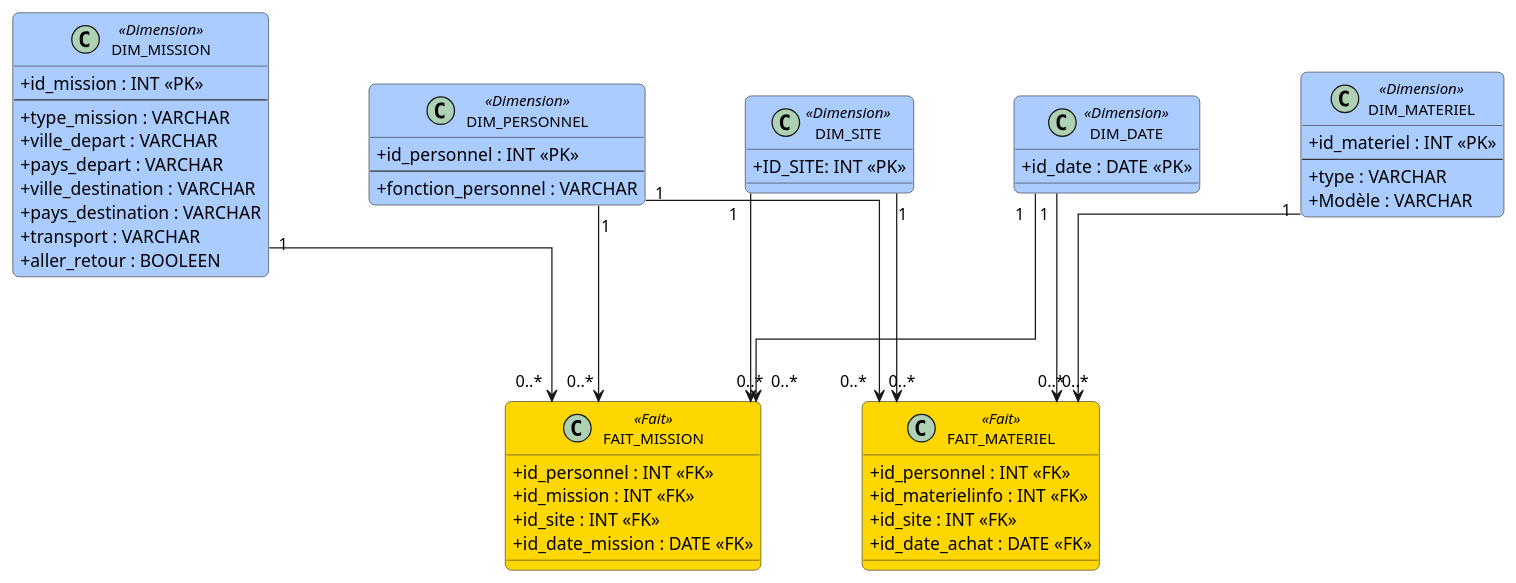
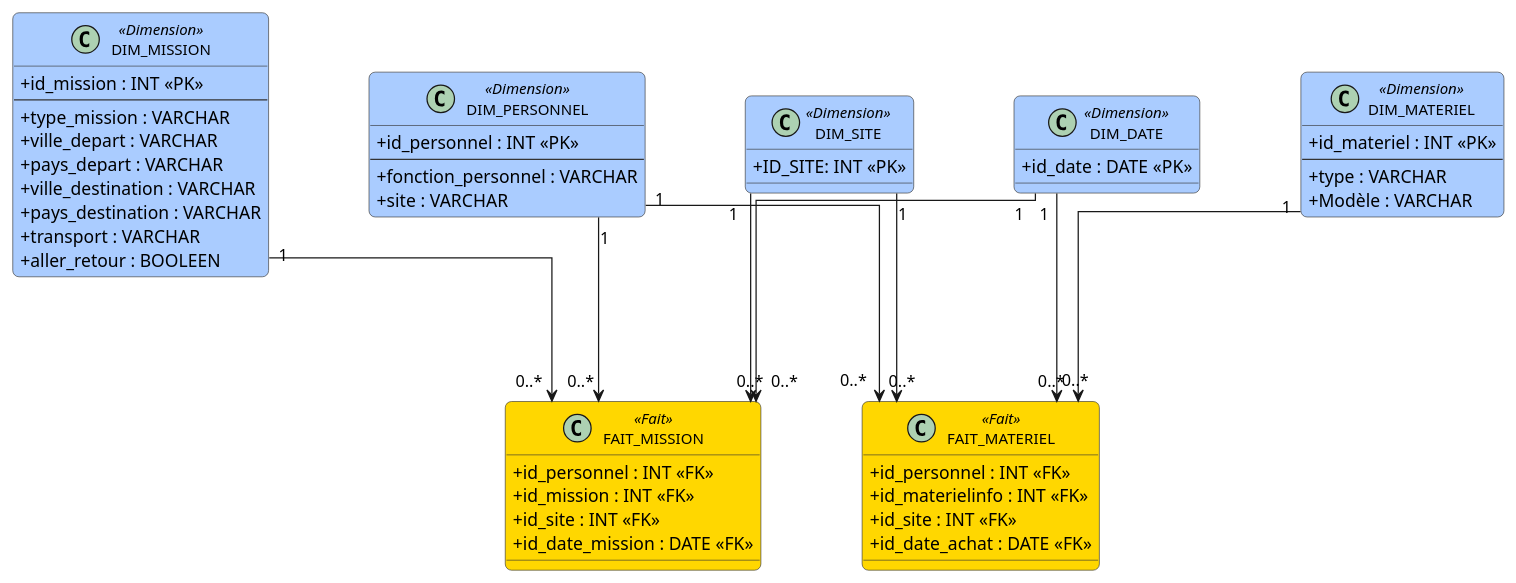
One commit to etiennevzn/GHG-inventory changed the diagram in data.puml. Above: the diagram before and after it, drawn with PlantUML. The commit also changed 1 other file, not shown here.

Commit message:
Update ETL and data diagram

```diff
--- a/data.puml
+++ b/data.puml
@@ -1,90 +1,91 @@
 @startuml ModeleDonnees
 
 skinparam classAttributeIconSize 0
 skinparam linetype ortho
 skinparam nodesep 80
 skinparam ranksep 100
 skinparam shadowing false
 skinparam roundCorner 10
 skinparam class {
   BackgroundColor<<Fait>> #FFD700
   BackgroundColor<<Dimension>> #AACCFF
   BorderColor #333333
   FontSize 12
 }
 
 ' ===== DIMENSIONS PARTAGÉES / HAUT =====
 class DIM_MISSION << Dimension >> {
   + id_mission : INT <<PK>>
   --
   + type_mission : VARCHAR
   + ville_depart : VARCHAR
   + pays_depart : VARCHAR
   + ville_destination : VARCHAR
   + pays_destination : VARCHAR
   + transport : VARCHAR
   + aller_retour : BOOLEEN  
 }
 
 class DIM_MATERIEL << Dimension >> {
   + id_materiel : INT <<PK>>
   --
   + type : VARCHAR
   + Modèle : VARCHAR
 }
 
 ' ===== DIMENSION CENTRALE PARTAGÉE =====
 class DIM_PERSONNEL << Dimension >> {
   + id_personnel : INT <<PK>>
   --
   + fonction_personnel : VARCHAR
+  + site : VARCHAR
 }
 
 class DIM_SITE << Dimension >> {
   + ID_SITE: INT <<PK>>
 }
 
 class DIM_DATE << Dimension >> {
   + id_date : DATE <<PK>>
 }
 
 ' ===== TABLES DE FAITS =====
 class FAIT_MISSION << Fait >> {
   + id_personnel : INT <<FK>>
   + id_mission : INT <<FK>>
   + id_site : INT <<FK>>
   + id_date_mission : DATE <<FK>>
 }
 
 class FAIT_MATERIEL << Fait >> {
   + id_personnel : INT <<FK>>
   + id_materielinfo : INT <<FK>>
   + id_site : INT <<FK>>
   + id_date_achat : DATE <<FK>>
 }
 
 ' ===== POSITIONNEMENT =====
 ' Ligne du haut : dimensions spécifiques
 DIM_MISSION  -[hidden]right- DIM_MATERIEL
 
 ' Faits côte à côte au milieu
 FAIT_MISSION -[hidden]right- FAIT_MATERIEL
 
 ' Ligne du bas : dimensions partagées
 DIM_PERSONNEL -[hidden]right- DIM_SITE
 
 ' ===== RELATIONS FAIT_MISSION =====
 DIM_MISSION       "1" --> "0..*" FAIT_MISSION
 DIM_PERSONNEL     "1" --> "0..*" FAIT_MISSION
 DIM_SITE          "1" --> "0..*" FAIT_MISSION
 DIM_DATE    "1" --> "0..*" FAIT_MISSION
 
 ' ===== RELATIONS FAIT_MATERIEL =====
 DIM_MATERIEL      "1" --> "0..*" FAIT_MATERIEL
 DIM_PERSONNEL     "1" --> "0..*" FAIT_MATERIEL
 DIM_SITE          "1" --> "0..*" FAIT_MATERIEL
 DIM_DATE  "1" --> "0..*" FAIT_MATERIEL
 
 
 
 @enduml
```
